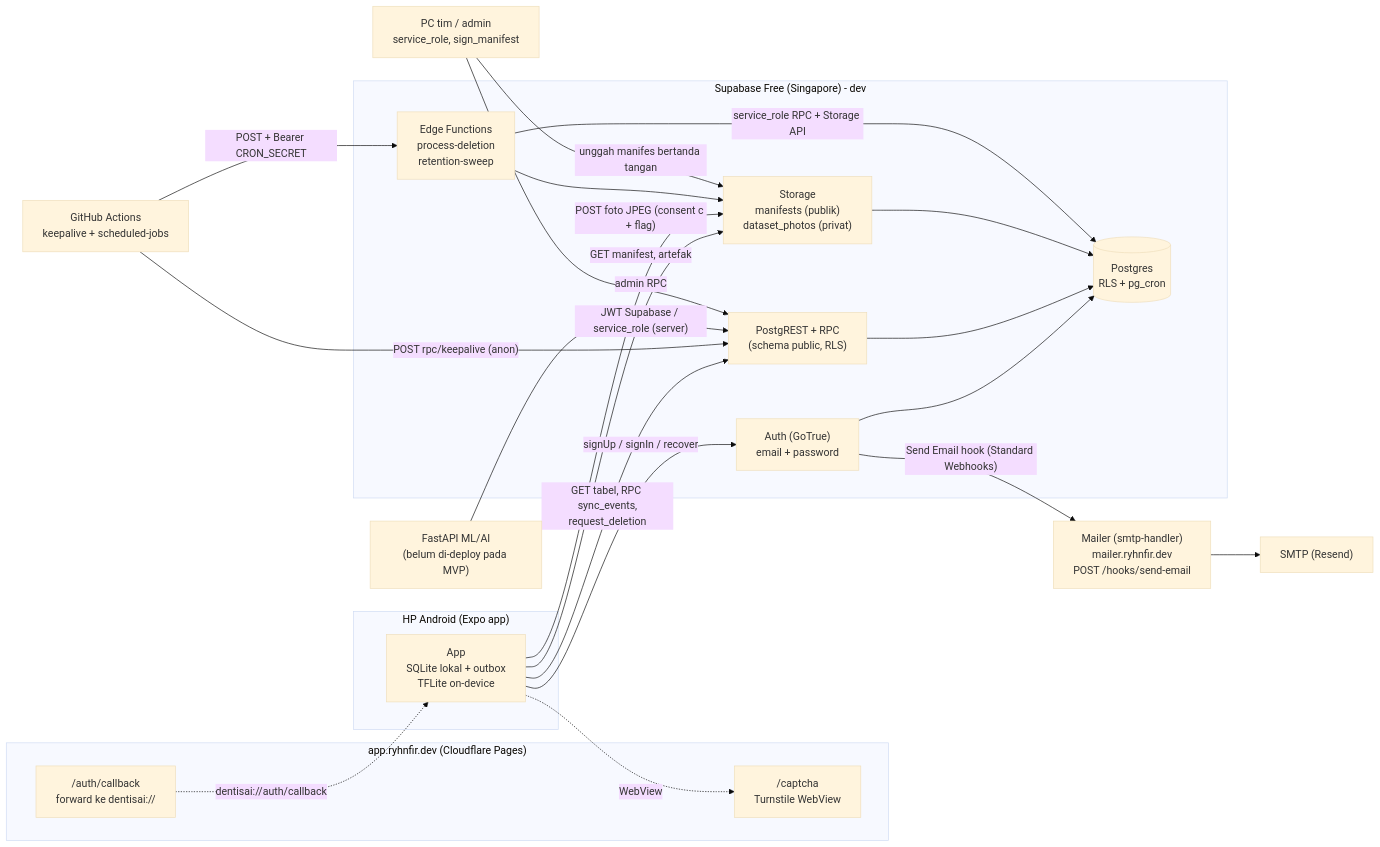
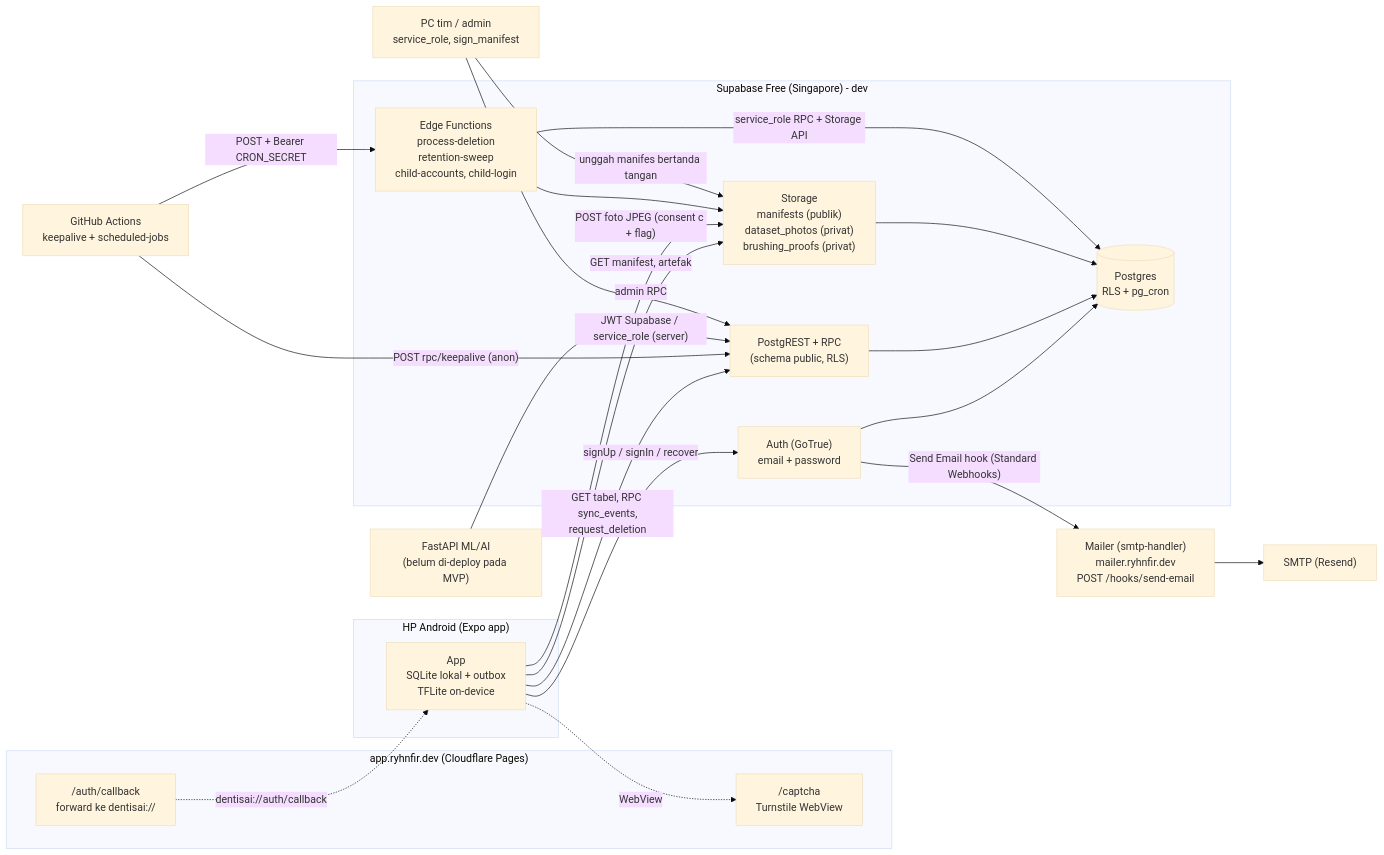
One commit to Ryhn-F/dentisin-api changed the diagram in docs/api/README.md. Above: the diagram before and after it, drawn with Mermaid (base theme). The commit also changed other lines of this file and 15 other files, not shown here.

````diff
--- a/docs/api/README.md
+++ b/docs/api/README.md
@@ -24,41 +24,41 @@
 ```mermaid
 flowchart LR
   subgraph Device["HP Android (Expo app)"]
     APP["App<br/>SQLite lokal + outbox<br/>TFLite on-device"]
   end
   subgraph Static["app.ryhnfir.dev (Cloudflare Pages)"]
     CB["/auth/callback<br/>forward ke dentisai://"]
     CAP["/captcha<br/>Turnstile WebView"]
   end
   subgraph SB["Supabase Free (Singapore) - dev"]
     AUTH["Auth (GoTrue)<br/>email + password"]
     REST["PostgREST + RPC<br/>(schema public, RLS)"]
-    STO["Storage<br/>manifests (publik)<br/>dataset_photos (privat)"]
-    EDGE["Edge Functions<br/>process-deletion<br/>retention-sweep"]
+    STO["Storage<br/>manifests (publik)<br/>dataset_photos (privat)<br/>brushing_proofs (privat)"]
+    EDGE["Edge Functions<br/>process-deletion<br/>retention-sweep<br/>child-accounts, child-login"]
     DB[("Postgres<br/>RLS + pg_cron")]
   end
   MAIL["Mailer (smtp-handler)<br/>mailer.ryhnfir.dev<br/>POST /hooks/send-email"]
   SMTP["SMTP (Resend)"]
   GHA["GitHub Actions<br/>keepalive + scheduled-jobs"]
   API["FastAPI ML/AI<br/>(belum di-deploy pada MVP)"]
   PC["PC tim / admin<br/>service_role, sign_manifest"]
 
   APP -->|"signUp / signIn / recover"| AUTH
   APP -->|"GET tabel, RPC sync_events,<br/>request_deletion"| REST
   APP -->|"GET manifest, artefak"| STO
   APP -->|"POST foto JPEG (consent c + flag)"| STO
   APP -.->|"WebView"| CAP
   CB -.->|"dentisai://auth/callback"| APP
   AUTH -->|"Send Email hook (Standard Webhooks)"| MAIL
   MAIL --> SMTP
   AUTH --> DB
   REST --> DB
   STO --> DB
   GHA -->|"POST rpc/keepalive (anon)"| REST
   GHA -->|"POST + Bearer CRON_SECRET"| EDGE
   EDGE -->|"service_role RPC + Storage API"| DB
   EDGE --> STO
   API -->|"JWT Supabase / service_role (server)"| REST
   PC -->|"unggah manifes bertanda tangan"| STO
   PC -->|"admin RPC"| REST
 ```
````
